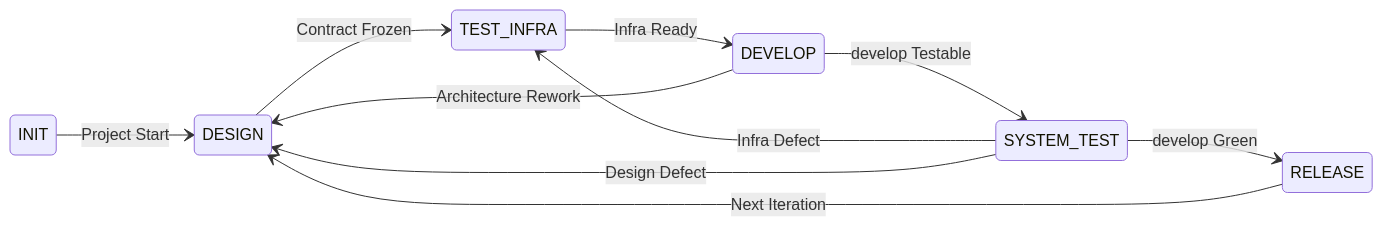
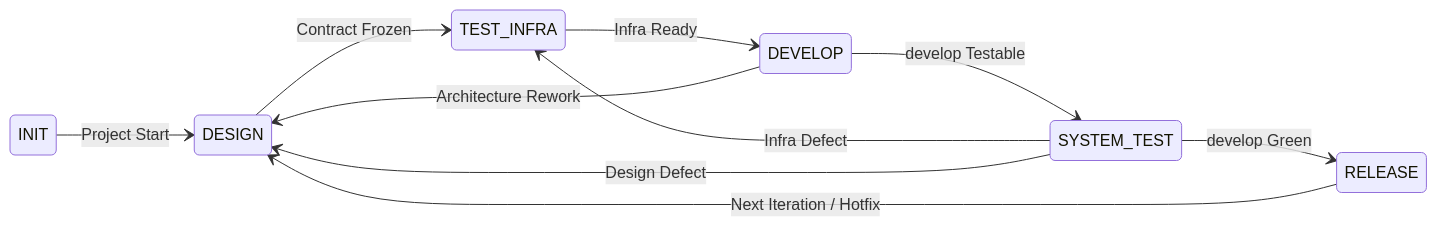
The diagram in README.en.md (vlln/devloop), drawn with Mermaid before and after one commit. The commit also changed other lines of this file and 1 other file, not shown here.

Commit message:
docs(readme): 双语 README 同步 — 新特性条目、mermaid 标签、backlog 链接

````diff
--- a/README.en.md
+++ b/README.en.md
@@ -14,13 +14,13 @@
 ```mermaid
 stateDiagram-v2
     direction LR
     INIT --> DESIGN : Project Start
     DESIGN --> TEST_INFRA : Contract Frozen
     TEST_INFRA --> DEVELOP : Infra Ready
     DEVELOP --> SYSTEM_TEST : develop Testable
     SYSTEM_TEST --> RELEASE : develop Green
-    RELEASE --> DESIGN : Next Iteration
+    RELEASE --> DESIGN : Next Iteration / Hotfix
     DEVELOP --> DESIGN : Architecture Rework
     SYSTEM_TEST --> TEST_INFRA : Infra Defect
     SYSTEM_TEST --> DESIGN : Design Defect
 ```
````
